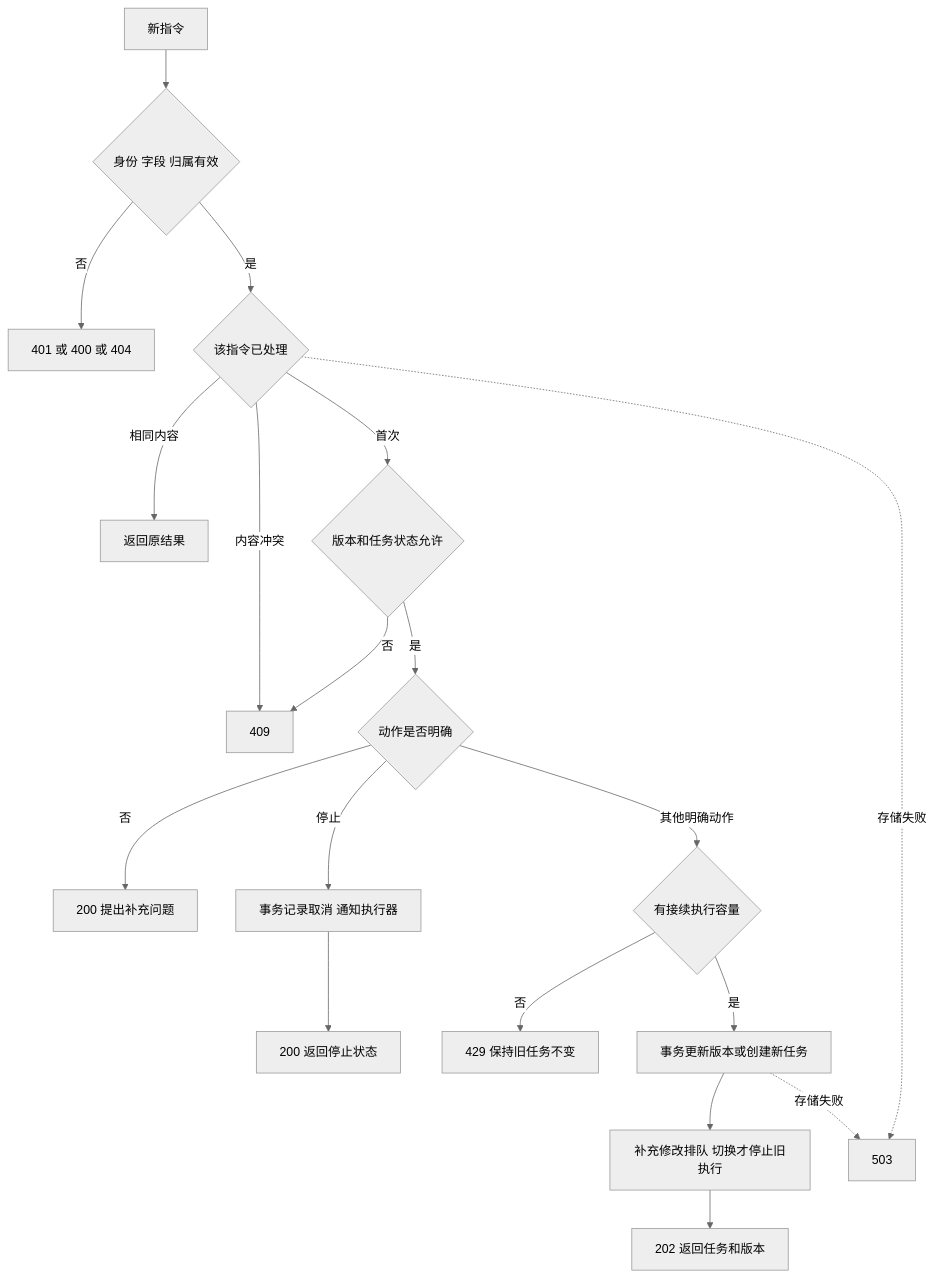
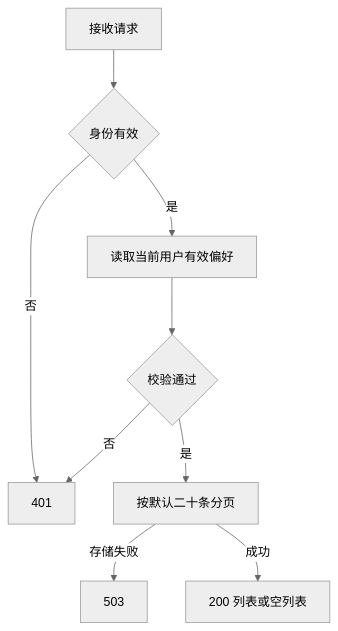
The fifth of 8 diagrams in docs/技术方案.md (hj456992/agentscope-react-demo), drawn with Mermaid (neutral theme) before and after one commit. The commit also changed other lines of this file and 134 other files, not shown here.

````diff
--- a/docs/技术方案.md
+++ b/docs/技术方案.md
@@ -168,21 +95,11 @@
 ```mermaid
 flowchart TD
-    A[新指令] --> B{身份 字段 归属有效}
-    B -->|否| X[401 或 400 或 404]
-    B -->|是| C{该指令已处理}
-    C -->|相同内容| D[返回原结果]
-    C -->|内容冲突| E[409]
-    C -->|首次| F{版本和任务状态允许}
-    F -->|否| E
-    F -->|是| G{动作是否明确}
-    G -->|否| H[200 提出补充问题]
-    G -->|停止| I[事务记录取消 通知执行器]
-    I --> J[200 返回停止状态]
-    G -->|其他明确动作| K{有接续执行容量}
-    K -->|否| L[429 保持旧任务不变]
-    K -->|是| M[事务更新版本或创建新任务]
-    M --> N[补充修改排队 切换才停止旧执行]
-    N --> O[202 返回任务和版本]
-    C -.->|存储失败| Z[503]
-    M -.->|存储失败| Z
+    A[接收请求] --> B{身份有效}
+    B -->|否| X[401]
+    B -->|是| C[读取当前用户有效偏好]
+    C --> D{校验通过}
+    D -->|否| X
+    D -->|是| E[按默认二十条分页]
+    E -->|存储失败| Z[503]
+    E -->|成功| F[200 列表或空列表]
 ```
````
